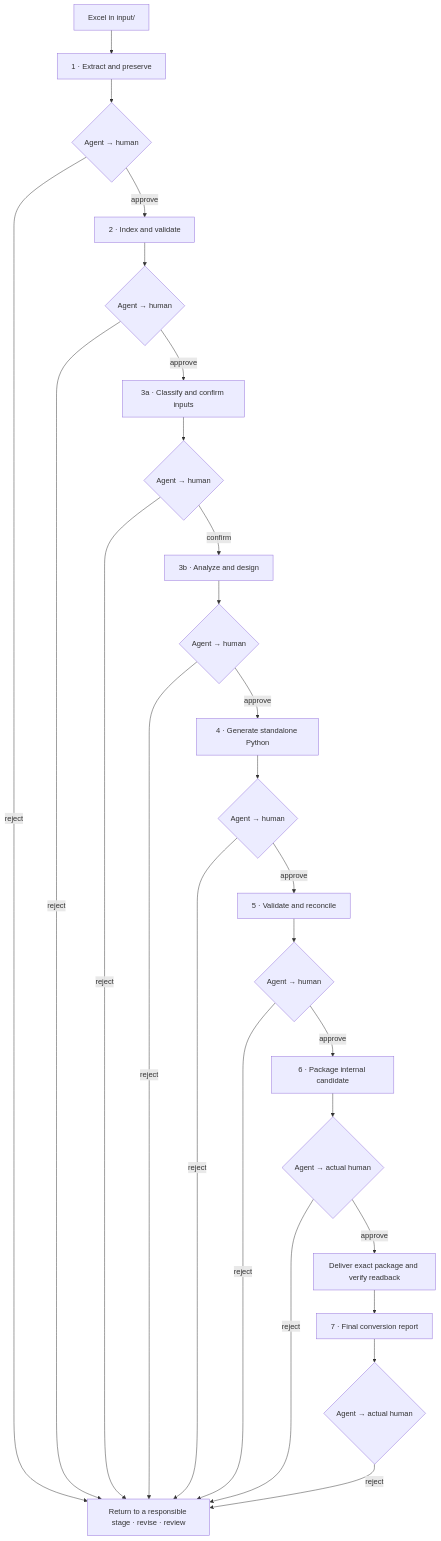
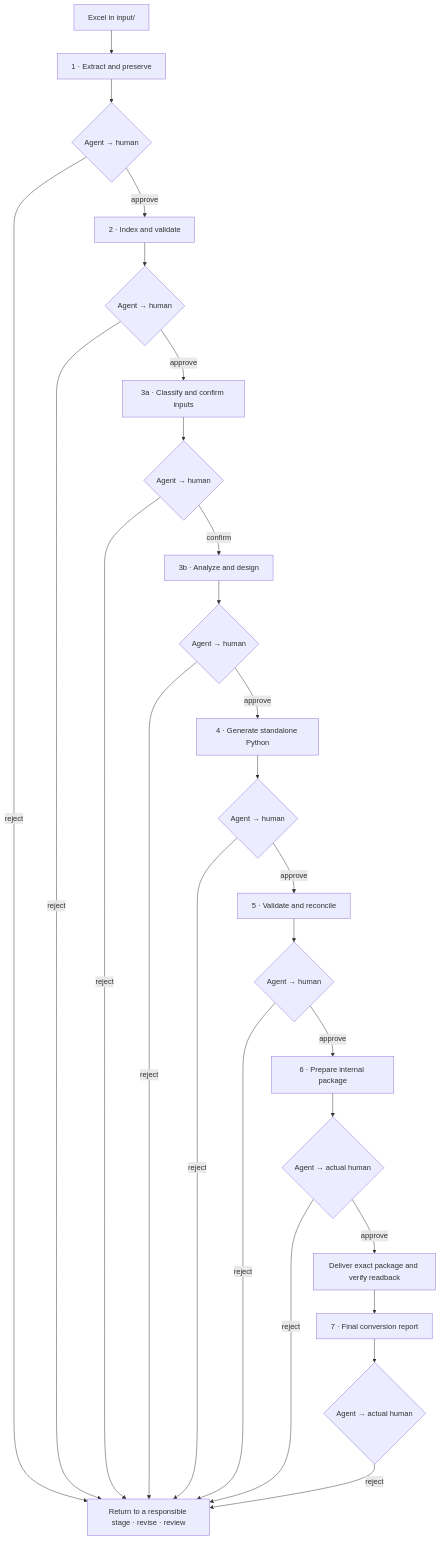
Before and after one commit to ferryhe/excel_to_act: the diagram in README.md, drawn with Mermaid. The commit also changed other lines of this file and 42 other files, not shown here.

````diff
--- a/README.md
+++ b/README.md
@@ -9,21 +13,21 @@
 ```mermaid
 flowchart TD
     X[Excel in input/] --> S1[1 · Extract and preserve]
     S1 --> A1{Agent → human}
     A1 -->|approve| S2[2 · Index and validate]
     S2 --> A2{Agent → human}
     A2 -->|approve| S3I[3a · Classify and confirm inputs]
     S3I --> A3I{Agent → human}
     A3I -->|confirm| S3[3b · Analyze and design]
     S3 --> A3{Agent → human}
     A3 -->|approve| S4[4 · Generate standalone Python]
     S4 --> A4{Agent → human}
     A4 -->|approve| S5[5 · Validate and reconcile]
     S5 --> A5{Agent → human}
-    A5 -->|approve| S6[6 · Package internal candidate]
+    A5 -->|approve| S6[6 · Prepare internal package]
     S6 --> A6{Agent → actual human}
     A6 -->|approve| D[Deliver exact package and verify readback]
     D --> S7[7 · Final conversion report]
     S7 --> A7{Agent → actual human}
     A1 & A2 & A3I & A3 & A4 & A5 & A6 & A7 -->|reject| R[Return to a responsible stage · revise · review]
 ```
````
